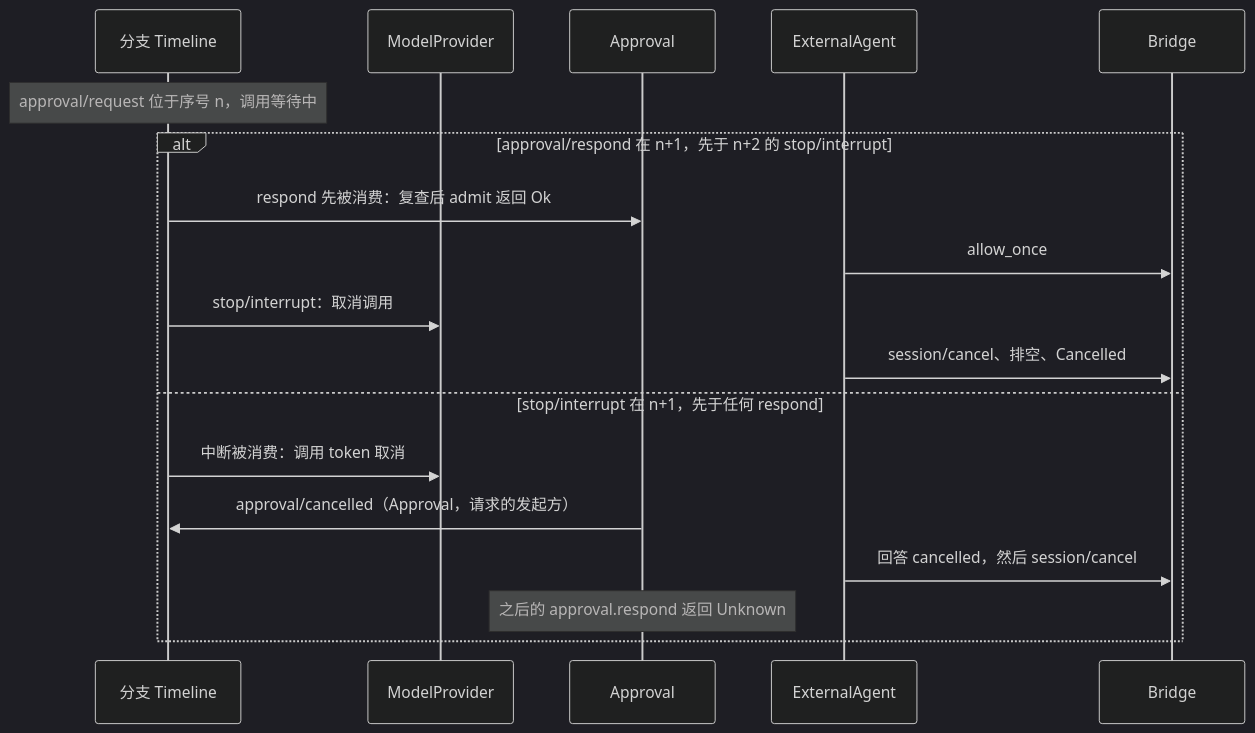
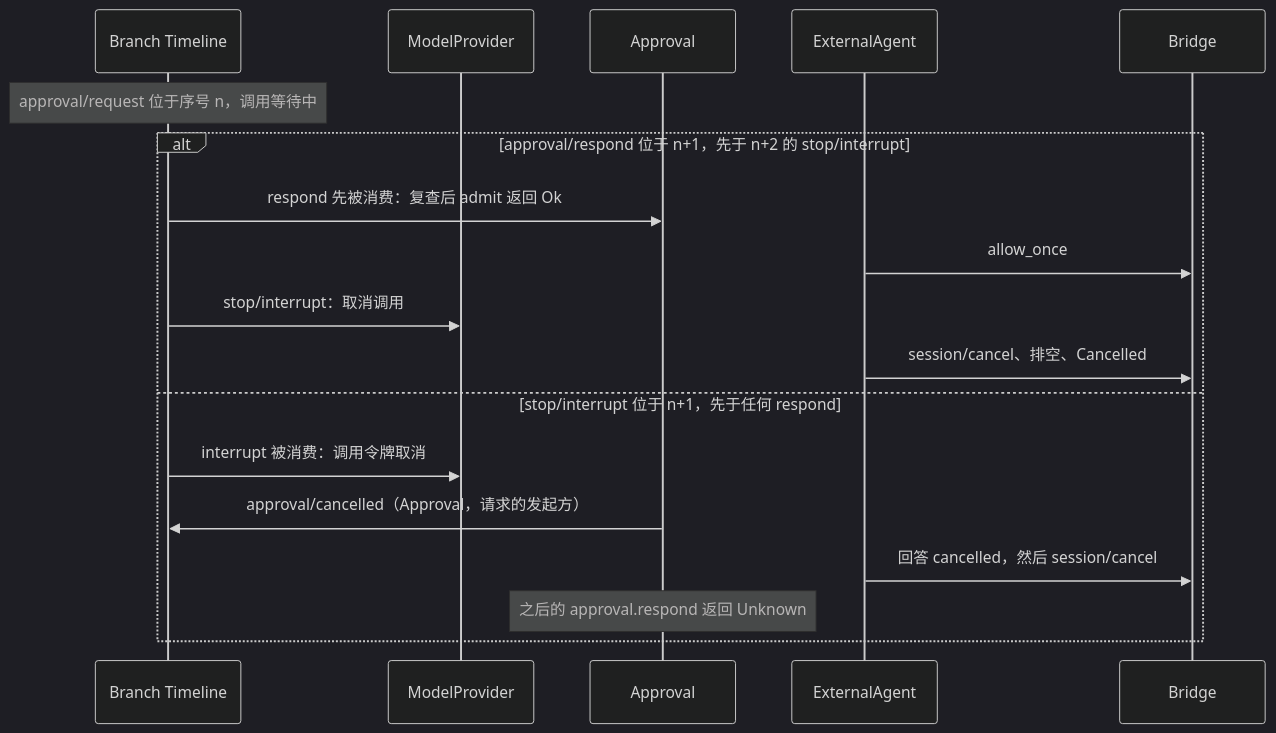
One commit to CoutinhoTTS/dim-agent changed the fifth of 5 diagrams in docs/zh/design/plugins/ExternalAgent.md. Above: the diagram before and after it, drawn with Mermaid (dark theme). The commit also changed other lines of this file and 18 other files, not shown here.

````diff
--- a/docs/zh/design/plugins/ExternalAgent.md
+++ b/docs/zh/design/plugins/ExternalAgent.md
@@ -157,20 +159,20 @@
 ```mermaid
 sequenceDiagram
-  participant TL as 分支 Timeline
+  participant TL as Branch Timeline
   participant MP as ModelProvider
   participant AP as Approval
   participant EA as ExternalAgent
   participant BR as Bridge
   Note over TL: approval/request 位于序号 n，调用等待中
-  alt approval/respond 在 n+1，先于 n+2 的 stop/interrupt
+  alt approval/respond 位于 n+1，先于 n+2 的 stop/interrupt
     TL->>AP: respond 先被消费：复查后 admit 返回 Ok
     EA->>BR: allow_once
     TL->>MP: stop/interrupt：取消调用
     EA->>BR: session/cancel、排空、Cancelled
-  else stop/interrupt 在 n+1，先于任何 respond
-    TL->>MP: 中断被消费：调用 token 取消
+  else stop/interrupt 位于 n+1，先于任何 respond
+    TL->>MP: interrupt 被消费：调用令牌取消
     AP->>TL: approval/cancelled（Approval，请求的发起方）
     EA->>BR: 回答 cancelled，然后 session/cancel
     Note over AP: 之后的 approval.respond 返回 Unknown
   end
 ```
````
